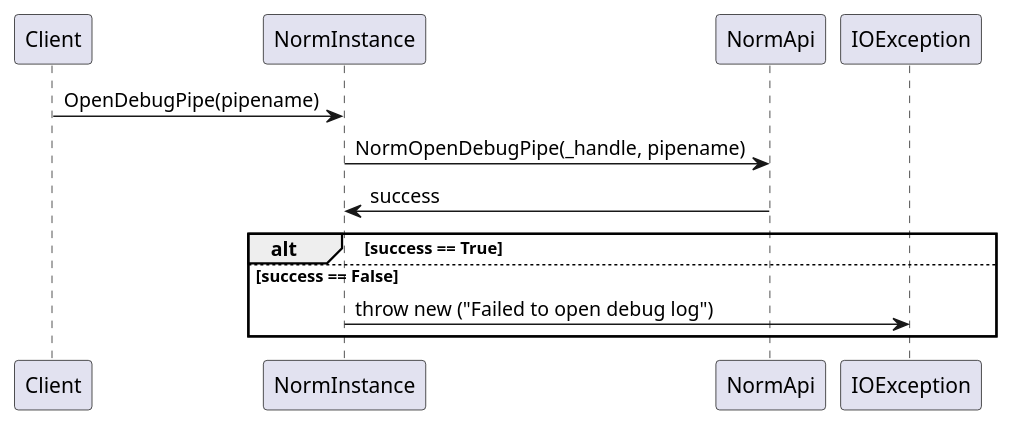
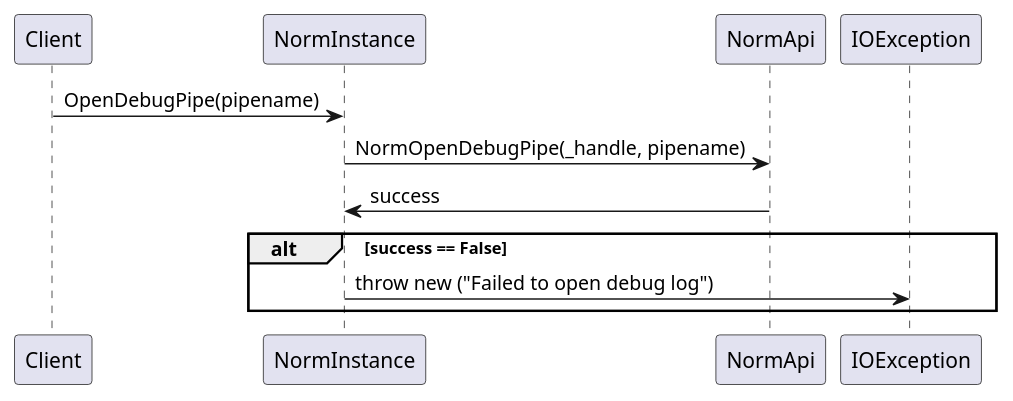
Before and after one commit to mullerj/norm: the diagram in src/dotnet/design/Mil/Navy/Nrl/Norm/Sequence Diagrams/NormInstance/OpenDebugPipe.puml, drawn with PlantUML. The commit also changed 2 other files, not shown here.

```diff
--- a/src/dotnet/design/Mil/Navy/Nrl/Norm/Sequence Diagrams/NormInstance/OpenDebugPipe.puml
+++ b/src/dotnet/design/Mil/Navy/Nrl/Norm/Sequence Diagrams/NormInstance/OpenDebugPipe.puml
@@ -1,9 +1,8 @@
 @startuml
 Client -> NormInstance : OpenDebugPipe(pipename)
 NormInstance -> NormApi : NormOpenDebugPipe(_handle, pipename)
 NormInstance <- NormApi : success
-alt success == True
-else success == False
+alt success == False
     NormInstance -> IOException : throw new ("Failed to open debug log")
 end
 @enduml
```
